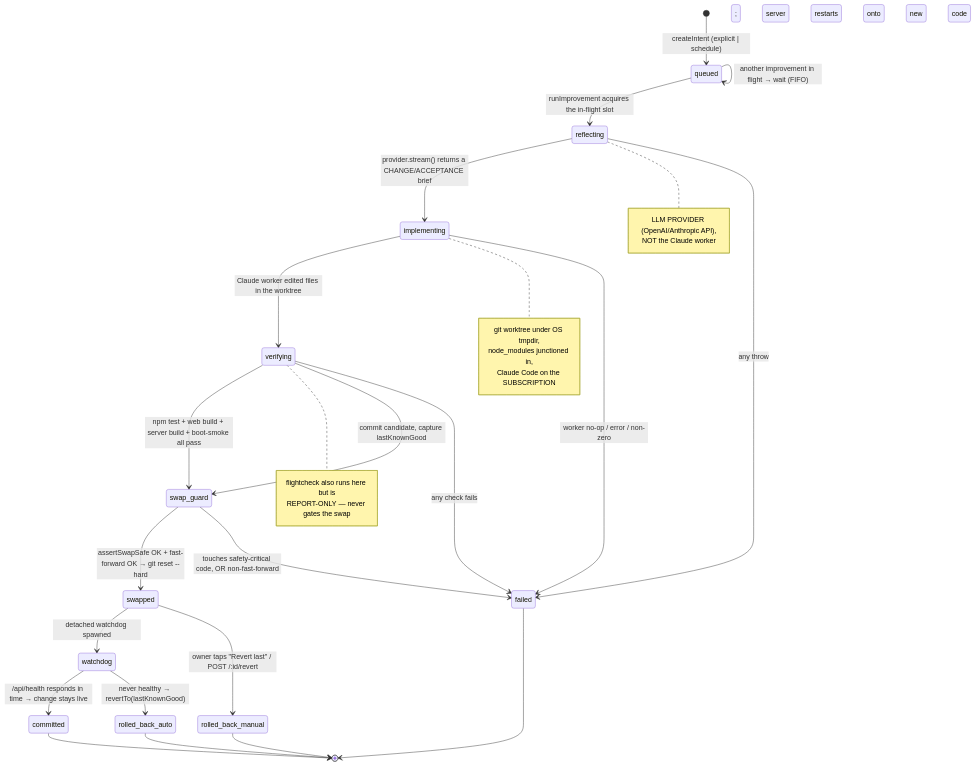
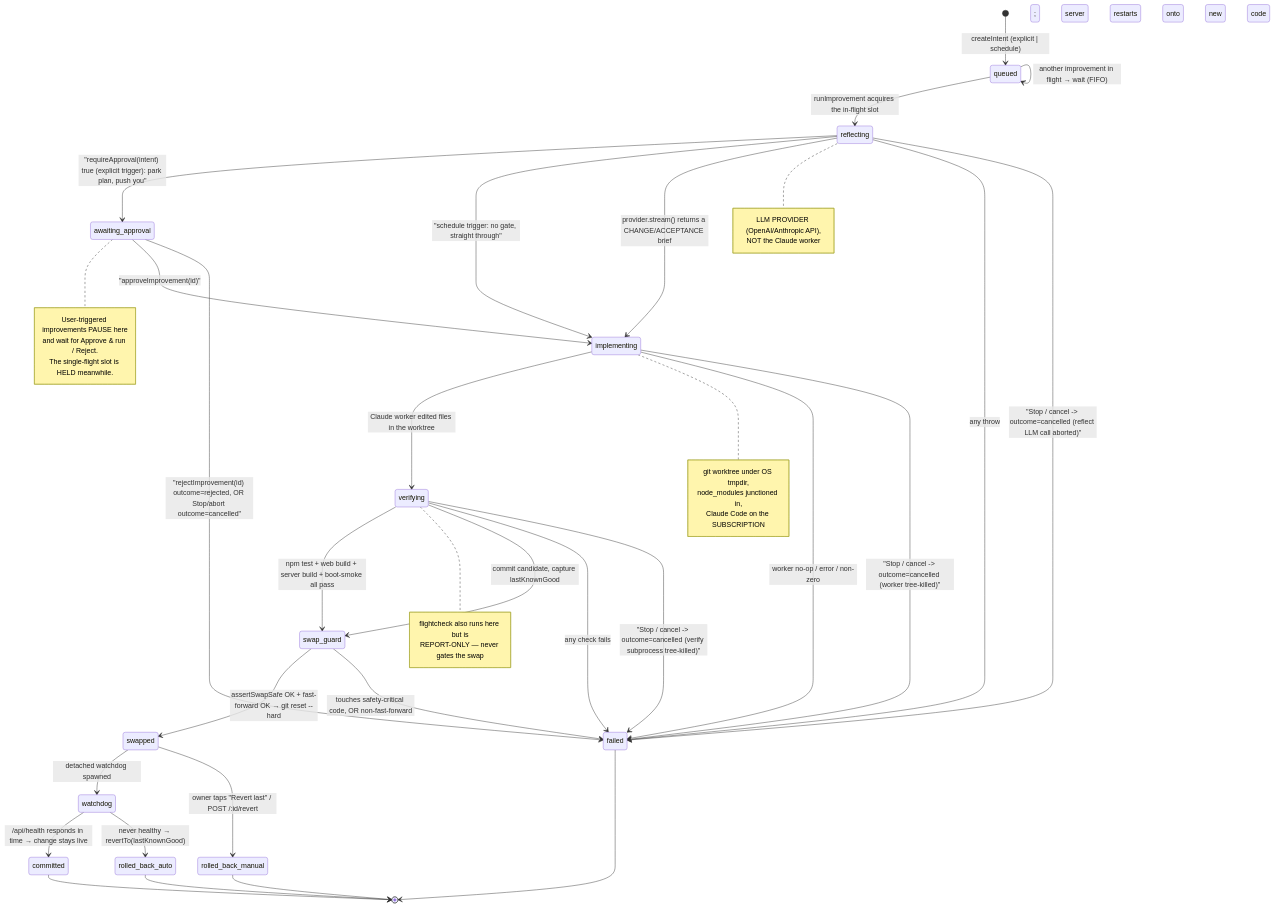
One commit to NikoloziGagua/AVA changed the diagram in docs/architecture/07-self-improvement.md. Above: the diagram before and after it, drawn with Mermaid. The commit also changed other lines of this file and 3 other files, not shown here.

First line of the commit message:
docs(self): document Stop + plan-approval gate; fix stale self_improve_status states

````diff
--- a/docs/architecture/07-self-improvement.md
+++ b/docs/architecture/07-self-improvement.md
@@ -47,48 +47,63 @@
 ```mermaid
 stateDiagram-v2
     [*] --> queued : createIntent (explicit | schedule)
 
     queued --> reflecting : runImprovement acquires the in-flight slot
     queued --> queued : another improvement in flight → wait (FIFO)
+
+    reflecting --> awaiting_approval : "requireApproval(intent) true (explicit trigger): park plan, push you"
+    reflecting --> implementing : "schedule trigger: no gate, straight through"
+    note right of awaiting_approval
+      User-triggered improvements PAUSE here
+      and wait for Approve & run / Reject.
+      The single-flight slot is HELD meanwhile.
+    end note
+
+    awaiting_approval --> implementing : "approveImprovement(id)"
+    awaiting_approval --> failed : "rejectImprovement(id) outcome=rejected, OR Stop/abort outcome=cancelled"
 
     reflecting --> implementing : provider.stream() returns a CHANGE/ACCEPTANCE brief
     note right of reflecting
       LLM PROVIDER (OpenAI/Anthropic API),
       NOT the Claude worker
     end note
 
     implementing --> verifying : Claude worker edited files in the worktree
     note right of implementing
       git worktree under OS tmpdir,
       node_modules junctioned in,
       Claude Code on the SUBSCRIPTION
     end note
 
     verifying --> swap_guard : npm test + web build + server build + boot-smoke all pass
     note right of verifying
       flightcheck also runs here but is
       REPORT-ONLY — never gates the swap
     end note
 
     state swap_guard <<choice>>
     verifying --> swap_guard : commit candidate, capture lastKnownGood
     swap_guard --> swapped : assertSwapSafe OK + fast-forward OK → git reset --hard
     swap_guard --> failed : touches safety-critical code, OR non-fast-forward
 
     swapped --> watchdog : detached watchdog spawned; server restarts onto new code
 
     state watchdog <<choice>>
     watchdog --> committed : /api/health responds in time → change stays live
     watchdog --> rolled_back_auto : never healthy → revertTo(lastKnownGood)
 
     reflecting --> failed : any throw
     implementing --> failed : worker no-op / error / non-zero
     verifying --> failed : any check fails
 
+    reflecting --> failed : "Stop / cancel -> outcome=cancelled (reflect LLM call aborted)"
+    implementing --> failed : "Stop / cancel -> outcome=cancelled (worker tree-killed)"
+    verifying --> failed : "Stop / cancel -> outcome=cancelled (verify subprocess tree-killed)"
+
     swapped --> rolled_back_manual : owner taps "Revert last" / POST /:id/revert
 
     committed --> [*]
     failed --> [*]
     rolled_back_auto --> [*]
     rolled_back_manual --> [*]
 ```
````
